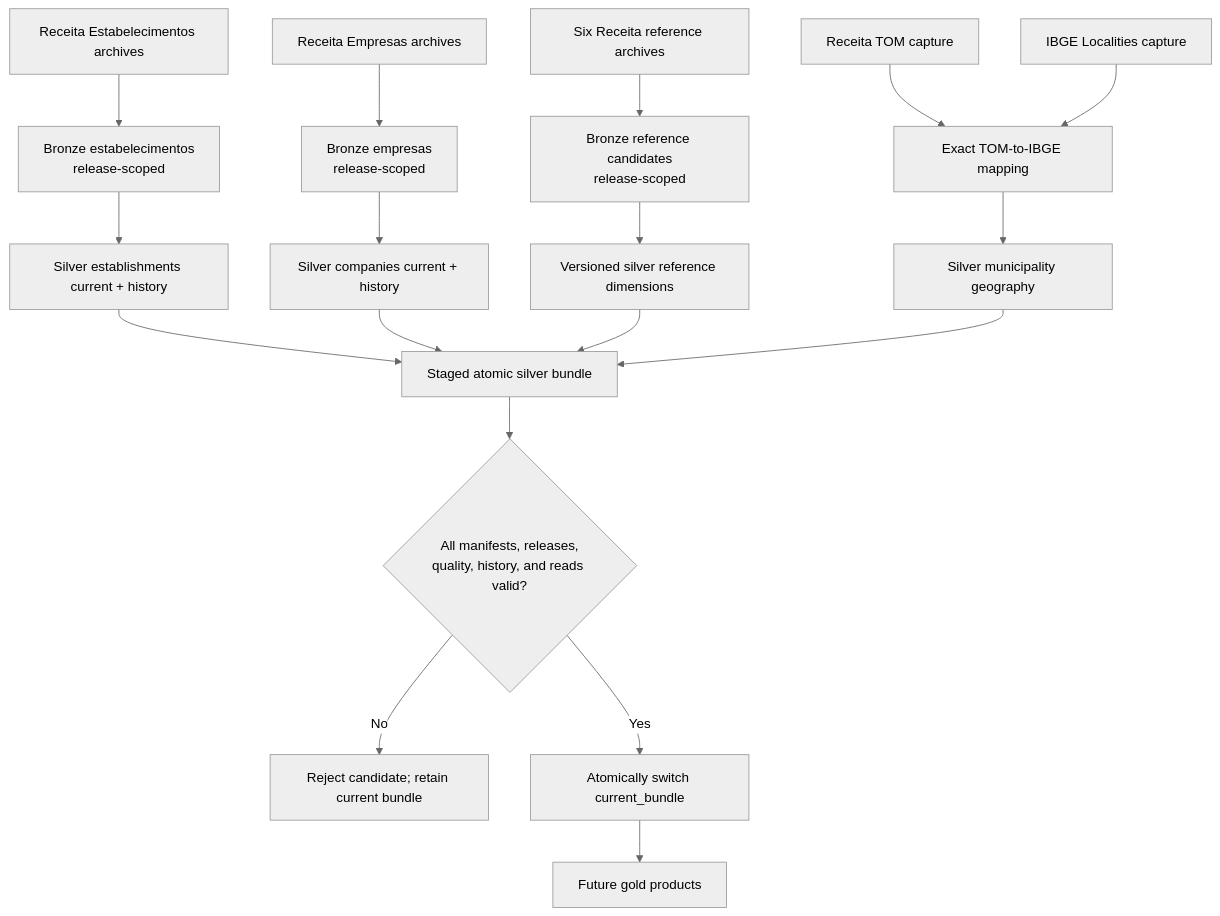
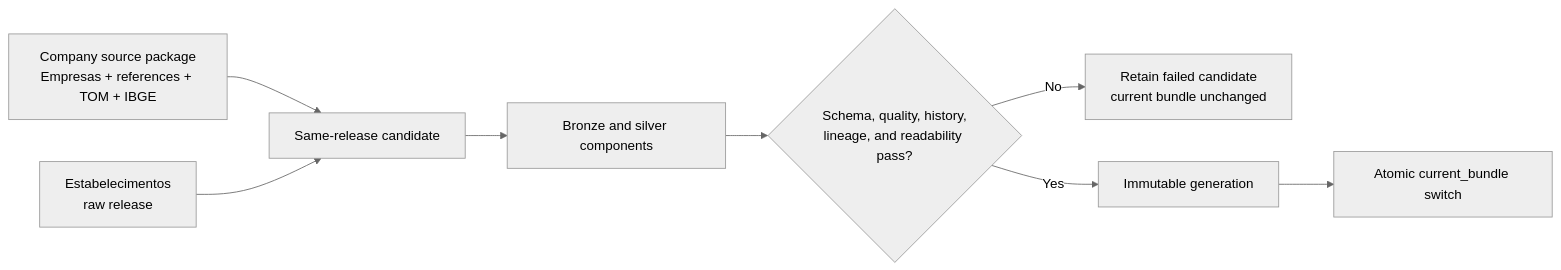
One commit to sergiorf/atlas changed the diagram in docs/plans/receita-company-data-foundation.md. Above: the diagram before and after it, drawn with Mermaid (neutral theme). The commit also changed other lines of this file and 14 other files, not shown here.

````diff
--- a/docs/plans/receita-company-data-foundation.md
+++ b/docs/plans/receita-company-data-foundation.md
@@ -43,20 +18,10 @@
 ```mermaid
-flowchart TD
-    A["Receita Estabelecimentos archives"] --> B["Bronze estabelecimentos<br/>release-scoped"]
-    C["Receita Empresas archives"] --> D["Bronze empresas<br/>release-scoped"]
-    E["Six Receita reference archives"] --> F["Bronze reference candidates<br/>release-scoped"]
-    G["Receita TOM capture"] --> H["Exact TOM-to-IBGE mapping"]
-    I["IBGE Localities capture"] --> H
-    B --> J["Silver establishments current + history"]
-    D --> K["Silver companies current + history"]
-    F --> L["Versioned silver reference dimensions"]
-    H --> M["Silver municipality geography"]
-    J --> N["Staged atomic silver bundle"]
-    K --> N
-    L --> N
-    M --> N
-    N --> O{"All manifests, releases,<br/>quality, history, and reads valid?"}
-    O -- No --> P["Reject candidate; retain current bundle"]
-    O -- Yes --> Q["Atomically switch current_bundle"]
-    Q --> R["Future gold products"]
+flowchart LR
+    A["Company source package<br/>Empresas + references + TOM + IBGE"] --> C["Same-release candidate"]
+    B["Estabelecimentos<br/>raw release"] --> C
+    C --> D["Bronze and silver components"]
+    D --> E{"Schema, quality, history,<br/>lineage, and readability pass?"}
+    E -- No --> F["Retain failed candidate<br/>current bundle unchanged"]
+    E -- Yes --> G["Immutable generation"]
+    G --> H["Atomic current_bundle switch"]
 ```
````
